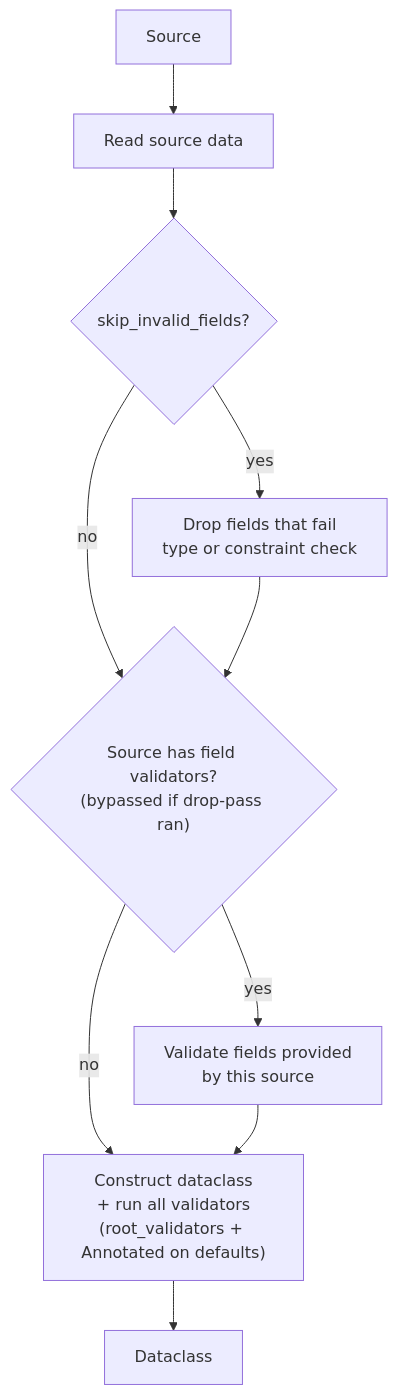
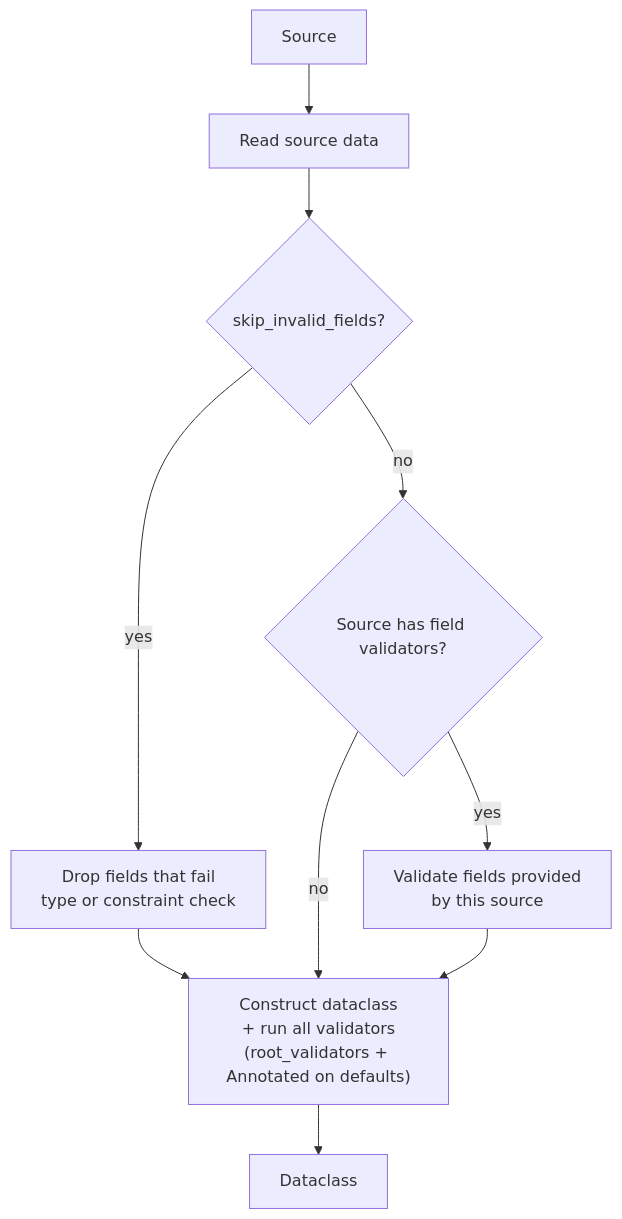
Before and after one commit to reagento/dature: the diagram in docs/loading.md, drawn with Mermaid. The commit also changed 52 other files, not shown here.

````diff
--- a/docs/loading.md
+++ b/docs/loading.md
@@ -5,12 +5,12 @@
 ```mermaid
 graph TD
     S["Source"] --> RAW["Read source data"]
     RAW --> SK{"skip_invalid_fields?"}
     SK -- yes --> DROP["Drop fields that fail\ntype or constraint check"]
-    SK -- no --> FV
-    DROP --> FV{"Source has field validators?\n(bypassed if drop-pass ran)"}
+    SK -- no --> FV{"Source has field validators?"}
+    DROP --> ROOT
     FV -- yes --> FP["Validate fields provided\nby this source"]
     FV -- no --> ROOT
     FP --> ROOT["Construct dataclass\n+ run all validators\n(root_validators + Annotated on defaults)"]
     ROOT --> D["Dataclass"]
 ```
````
